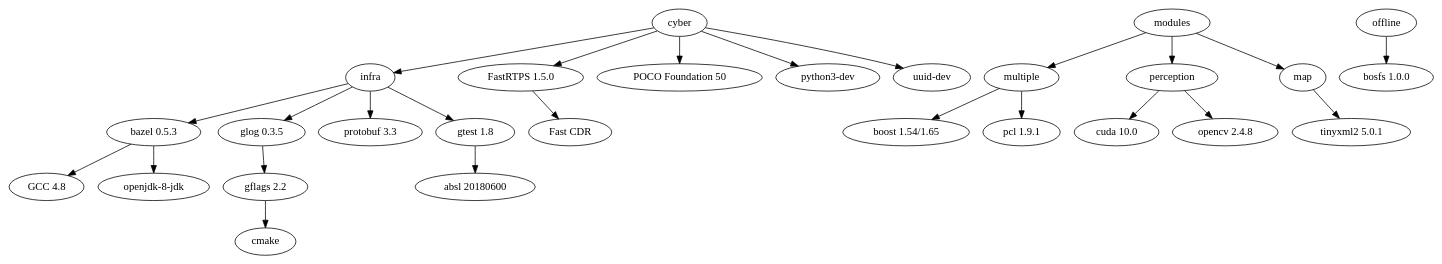
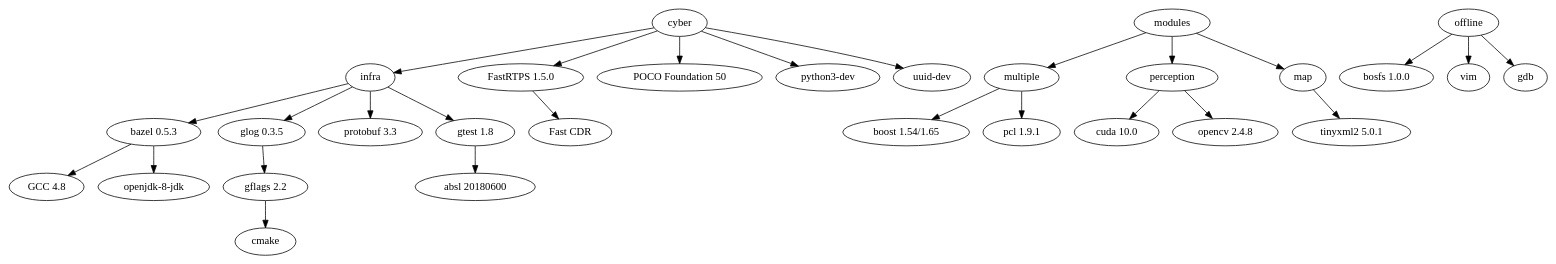
The diagram in docker/build/dependencies.dot (JokerWhy233/apollo), drawn with Graphviz before and after one commit. The commit also changed 2 other files, not shown here.

```diff
--- a/docker/build/dependencies.dot
+++ b/docker/build/dependencies.dot
@@ -1,24 +1,26 @@
 digraph {
   "infra" -> "bazel 0.5.3";
   "bazel 0.5.3" -> "GCC 4.8";
   "bazel 0.5.3" -> "openjdk-8-jdk";
   "infra" -> "glog 0.3.5" -> "gflags 2.2" -> "cmake";
   "infra" -> "protobuf 3.3";
   "infra" -> "gtest 1.8" -> "absl 20180600";
 
   "cyber" -> "infra";
   "cyber" -> "FastRTPS 1.5.0" -> "Fast CDR";
   "cyber" -> "POCO Foundation 50";
   "cyber" -> "python3-dev";
   "cyber" -> "uuid-dev";
 
   "modules" -> "multiple" -> "boost 1.54/1.65";
   "multiple" -> "pcl 1.9.1";
 
   "modules" -> "perception" -> "cuda 10.0";
   "perception" -> "opencv 2.4.8";
 
   "modules" -> "map" -> "tinyxml2 5.0.1";
 
   "offline" -> "bosfs 1.0.0";
+  "offline" -> "vim";
+  "offline" -> "gdb";
 }
```
